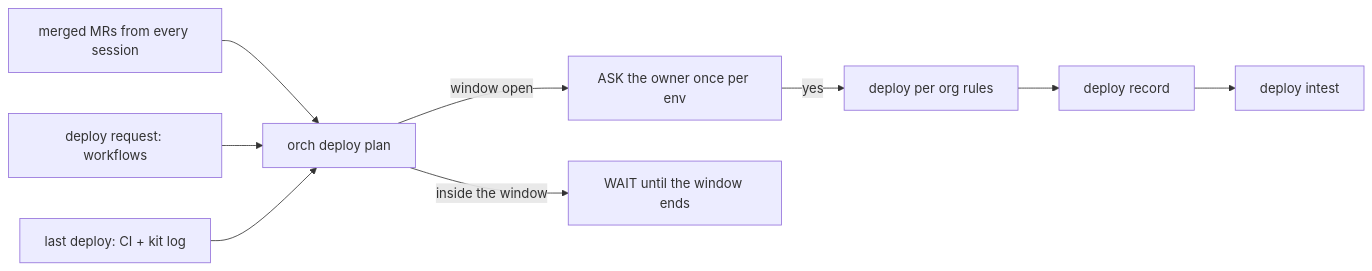
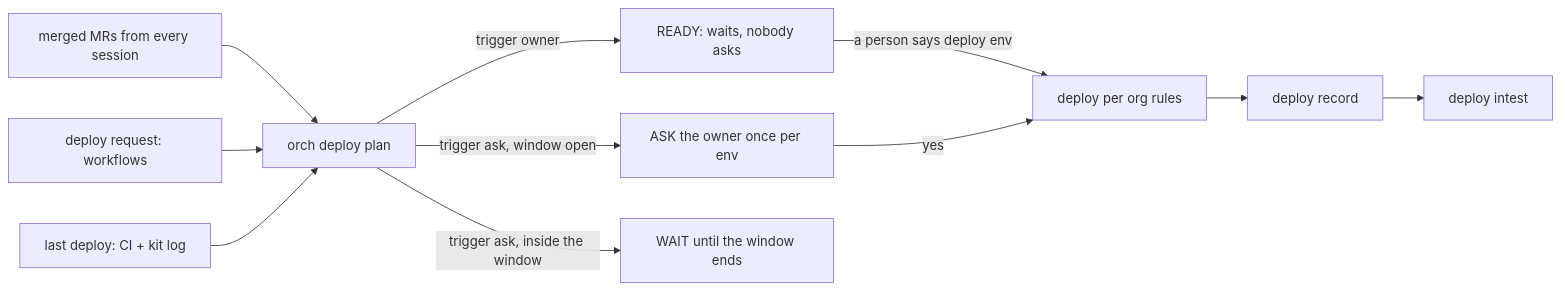
Before and after one commit to prskid1000/claude-crew: the fifth of 12 diagrams in README.md, drawn with Mermaid. The commit also changed other lines of this file and 28 other files, not shown here.

````diff
--- a/README.md
+++ b/README.md
@@ -173,9 +173,12 @@
 ```mermaid
 flowchart LR
   MW[merged MRs from every session] --> PL[orch deploy plan]
   RQ[deploy request: workflows] --> PL
   CI[last deploy: CI + kit log] --> PL
-  PL -->|window open| ASK[ASK the owner once per env]
-  PL -->|inside the window| WT[WAIT until the window ends]
-  ASK -->|yes| DO[deploy per org rules] --> RC[deploy record] --> IN[deploy intest]
+  PL -->|trigger owner| RD[READY: waits, nobody asks]
+  RD -->|a person says deploy env| DO[deploy per org rules]
+  PL -->|trigger ask, window open| ASK[ASK the owner once per env]
+  PL -->|trigger ask, inside the window| WT[WAIT until the window ends]
+  ASK -->|yes| DO
+  DO --> RC[deploy record] --> IN[deploy intest]
 ```
````
